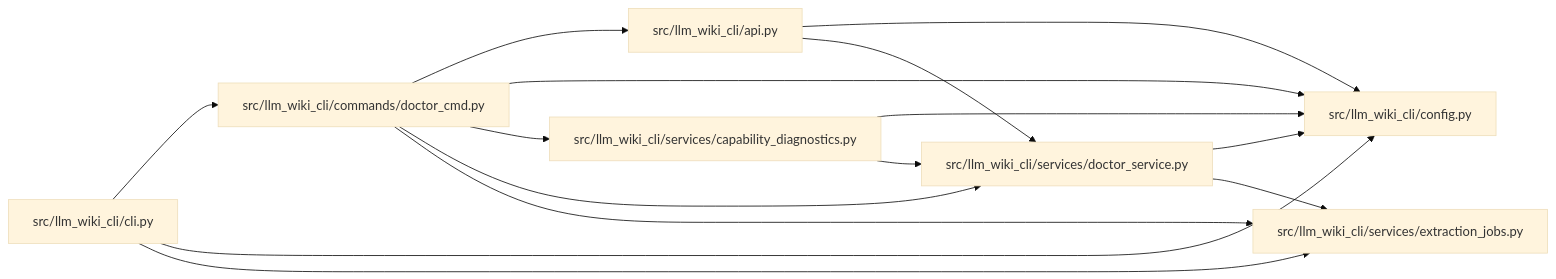
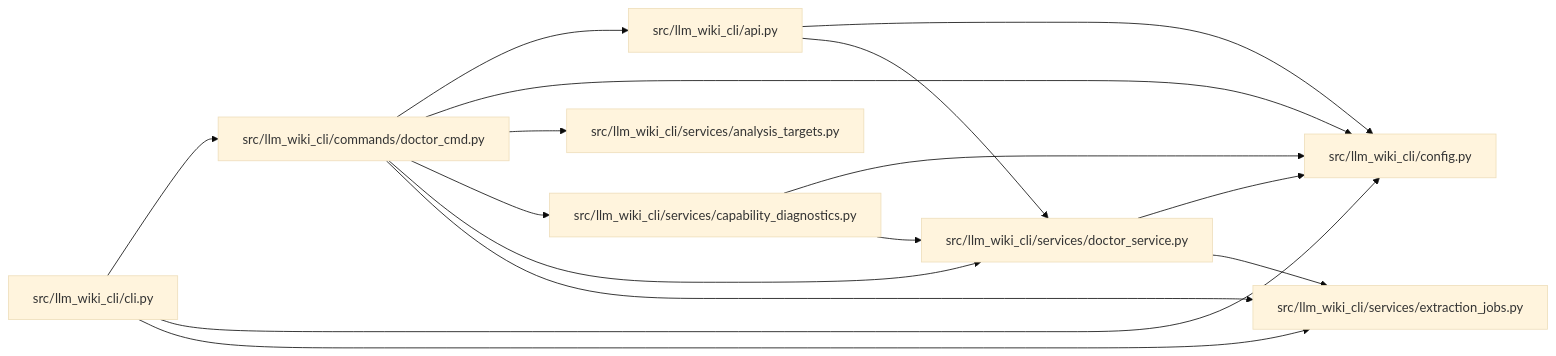
One commit to Denissvgn/python-wiki-llm changed the diagram in docs/llm_wiki/modules/doctor_cmd.md. Above: the diagram before and after it, drawn with Mermaid (base theme). The commit also changed other lines of this file and 386 other files, not shown here.

````diff
--- a/docs/llm_wiki/modules/doctor_cmd.md
+++ b/docs/llm_wiki/modules/doctor_cmd.md
@@ -37,31 +40,34 @@
 ```mermaid
 flowchart LR
     n0["src/llm_wiki_cli/api.py"]
     n1["src/llm_wiki_cli/cli.py"]
     n2["src/llm_wiki_cli/commands/doctor_cmd.py"]
     n3["src/llm_wiki_cli/config.py"]
-    n4["src/llm_wiki_cli/services/capability_diagnostics.py"]
-    n5["src/llm_wiki_cli/services/doctor_service.py"]
-    n6["src/llm_wiki_cli/services/extraction_jobs.py"]
+    n4["src/llm_wiki_cli/services/analysis_targets.py"]
+    n5["src/llm_wiki_cli/services/capability_diagnostics.py"]
+    n6["src/llm_wiki_cli/services/doctor_service.py"]
+    n7["src/llm_wiki_cli/services/extraction_jobs.py"]
     n0 --> n3
-    n0 --> n5
+    n0 --> n6
     n1 --> n2
     n1 --> n3
-    n1 --> n6
+    n1 --> n7
     n2 --> n0
     n2 --> n3
     n2 --> n4
     n2 --> n5
     n2 --> n6
-    n4 --> n3
-    n4 --> n5
+    n2 --> n7
     n5 --> n3
     n5 --> n6
+    n6 --> n3
+    n6 --> n7
     click n0 "../modules/api.md"
     click n1 "../modules/cli.md"
     click n2 "../modules/doctor_cmd.md"
     click n3 "../modules/config.md"
-    click n4 "../modules/capability_diagnostics.md"
-    click n5 "../modules/doctor_service.md"
-    click n6 "../modules/extraction_jobs.md"
+    click n4 "../modules/analysis_targets.md"
+    click n5 "../modules/capability_diagnostics.md"
+    click n6 "../modules/doctor_service.md"
+    click n7 "../modules/extraction_jobs.md"
 ```
````
